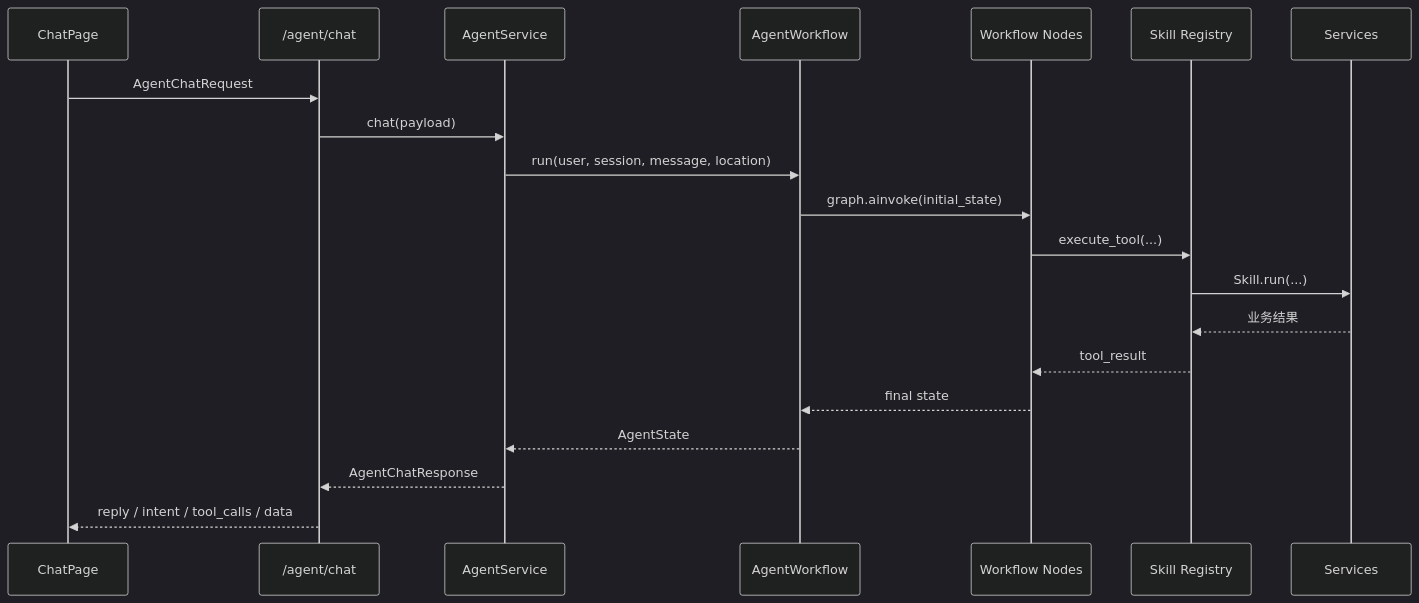
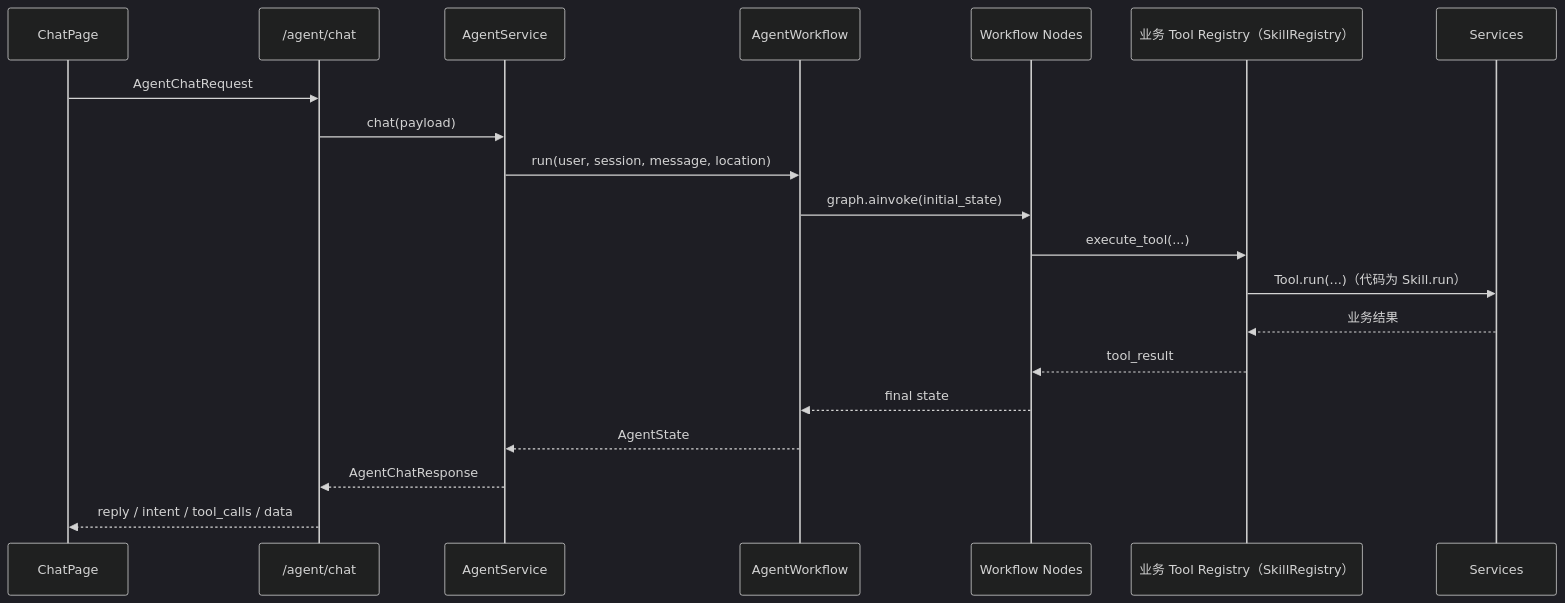
One commit to lsz-code/tastescout-agent changed the second of 4 diagrams in ARCHITECTURE.md. Above: the diagram before and after it, drawn with Mermaid (dark theme). The commit also changed other lines of this file and 15 other files, not shown here.

````diff
--- a/ARCHITECTURE.md
+++ b/ARCHITECTURE.md
@@ -95,23 +95,23 @@
 ```mermaid
 sequenceDiagram
     participant FE as ChatPage
     participant API as /agent/chat
     participant AS as AgentService
     participant WF as AgentWorkflow
     participant N as Workflow Nodes
-    participant SK as Skill Registry
+    participant SK as 业务 Tool Registry（SkillRegistry）
     participant S as Services
 
     FE->>API: AgentChatRequest
     API->>AS: chat(payload)
     AS->>WF: run(user, session, message, location)
     WF->>N: graph.ainvoke(initial_state)
     N->>SK: execute_tool(...)
-    SK->>S: Skill.run(...)
+    SK->>S: Tool.run(...)（代码为 Skill.run）
     S-->>SK: 业务结果
     SK-->>N: tool_result
     N-->>WF: final state
     WF-->>AS: AgentState
     AS-->>API: AgentChatResponse
     API-->>FE: reply / intent / tool_calls / data
 ```
````
